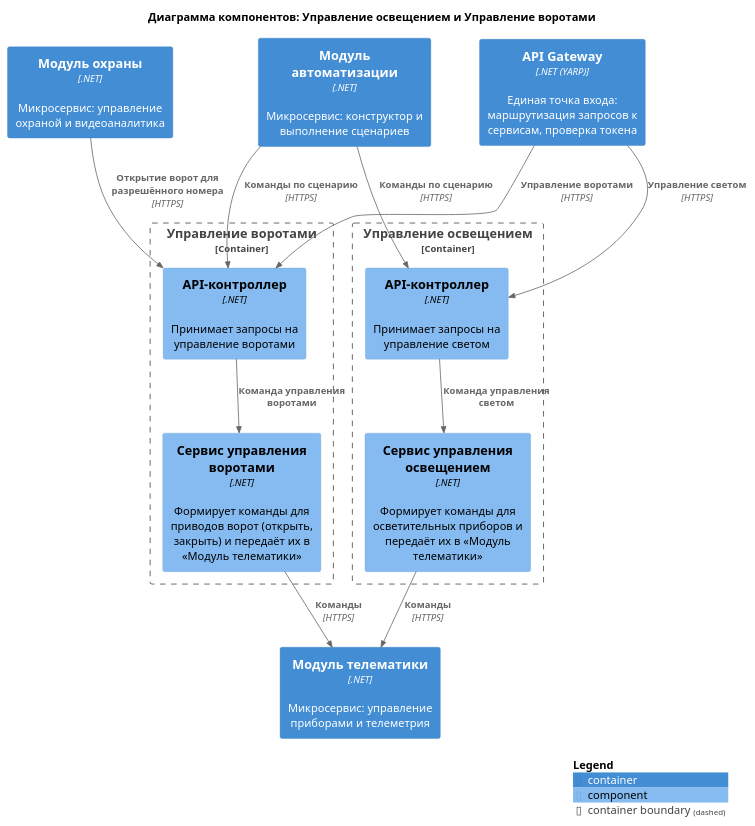
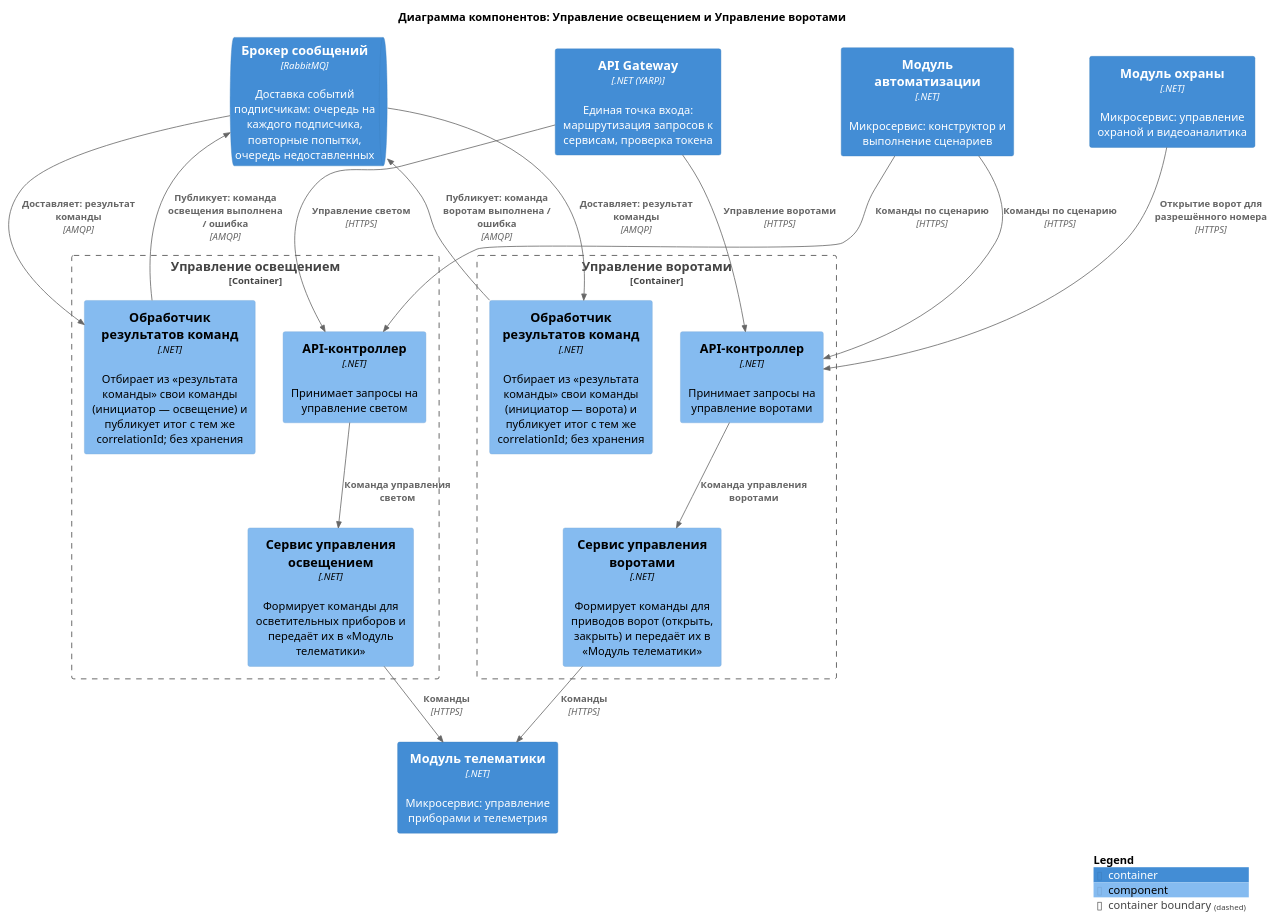
One commit to Lyamin-av/architecture-warmhouse changed the diagram in diagrams/components/lighting-gate.puml. Above: the diagram before and after it, drawn with PlantUML. The commit also changed 35 other files, not shown here.

First line of the commit message:
Диаграммы Задания 2 по решениям Задания 4: результат команды, итоговые события сервисов, correlationId, журнал команд, категория и вид прибора, SetModeAsync с температурой

```diff
--- a/diagrams/components/lighting-gate.puml
+++ b/diagrams/components/lighting-gate.puml
@@ -1,33 +1,40 @@
 @startuml lighting-gate
 !include <C4/C4_Component>
 
 title Диаграмма компонентов: Управление освещением и Управление воротами
 
 Container(Gateway, "API Gateway", ".NET (YARP)", "Единая точка входа: маршрутизация запросов к сервисам, проверка токена")
 Container(Automation, "Модуль автоматизации", ".NET", "Микросервис: конструктор и выполнение сценариев")
 Container(Security, "Модуль охраны", ".NET", "Микросервис: управление охраной и видеоаналитика")
+ContainerQueue(Broker, "Брокер сообщений", "RabbitMQ", "Доставка событий подписчикам: очередь на каждого подписчика, повторные попытки, очередь недоставленных")
 Container(Telematics, "Модуль телематики", ".NET", "Микросервис: управление приборами и телеметрия")
 
 Container_Boundary(Lighting, "Управление освещением") {
     Component(lApi, "API-контроллер", ".NET", "Принимает запросы на управление светом")
     Component(lService, "Сервис управления освещением", ".NET", "Формирует команды для осветительных приборов и передаёт их в «Модуль телематики»")
+    Component(lResults, "Обработчик результатов команд", ".NET", "Отбирает из «результата команды» свои команды (инициатор — освещение) и публикует итог с тем же correlationId; без хранения")
 }
 
 Container_Boundary(GateControl, "Управление воротами") {
     Component(gApi, "API-контроллер", ".NET", "Принимает запросы на управление воротами")
     Component(gService, "Сервис управления воротами", ".NET", "Формирует команды для приводов ворот (открыть, закрыть) и передаёт их в «Модуль телематики»")
+    Component(gResults, "Обработчик результатов команд", ".NET", "Отбирает из «результата команды» свои команды (инициатор — ворота) и публикует итог с тем же correlationId; без хранения")
 }
 
 Rel(Gateway, lApi, "Управление светом", "HTTPS")
 Rel(Automation, lApi, "Команды по сценарию", "HTTPS")
 Rel(lApi, lService, "Команда управления светом")
 Rel(lService, Telematics, "Команды", "HTTPS")
+Rel(Broker, lResults, "Доставляет: результат команды", "AMQP")
+Rel(lResults, Broker, "Публикует: команда освещения выполнена / ошибка", "AMQP")
 
 Rel(Gateway, gApi, "Управление воротами", "HTTPS")
 Rel(Automation, gApi, "Команды по сценарию", "HTTPS")
 Rel(Security, gApi, "Открытие ворот для разрешённого номера", "HTTPS")
 Rel(gApi, gService, "Команда управления воротами")
 Rel(gService, Telematics, "Команды", "HTTPS")
+Rel(Broker, gResults, "Доставляет: результат команды", "AMQP")
+Rel(gResults, Broker, "Публикует: команда воротам выполнена / ошибка", "AMQP")
 
 SHOW_LEGEND()
 @enduml
```
